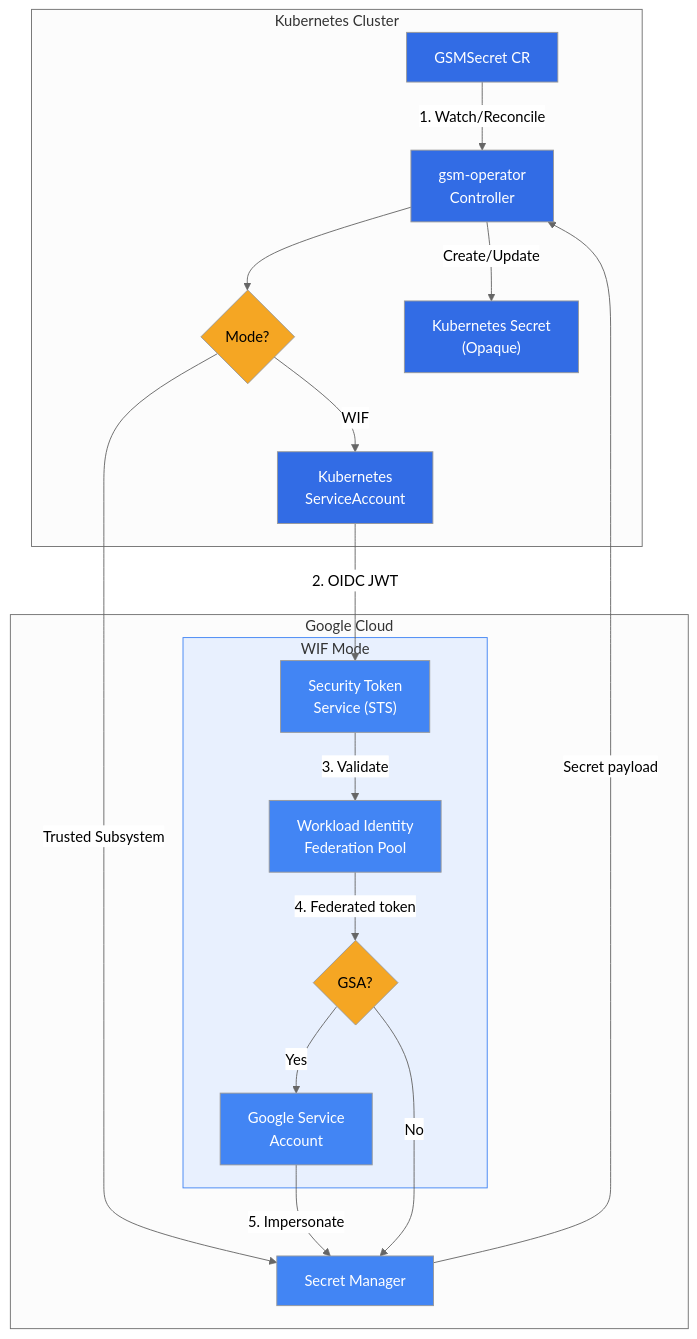
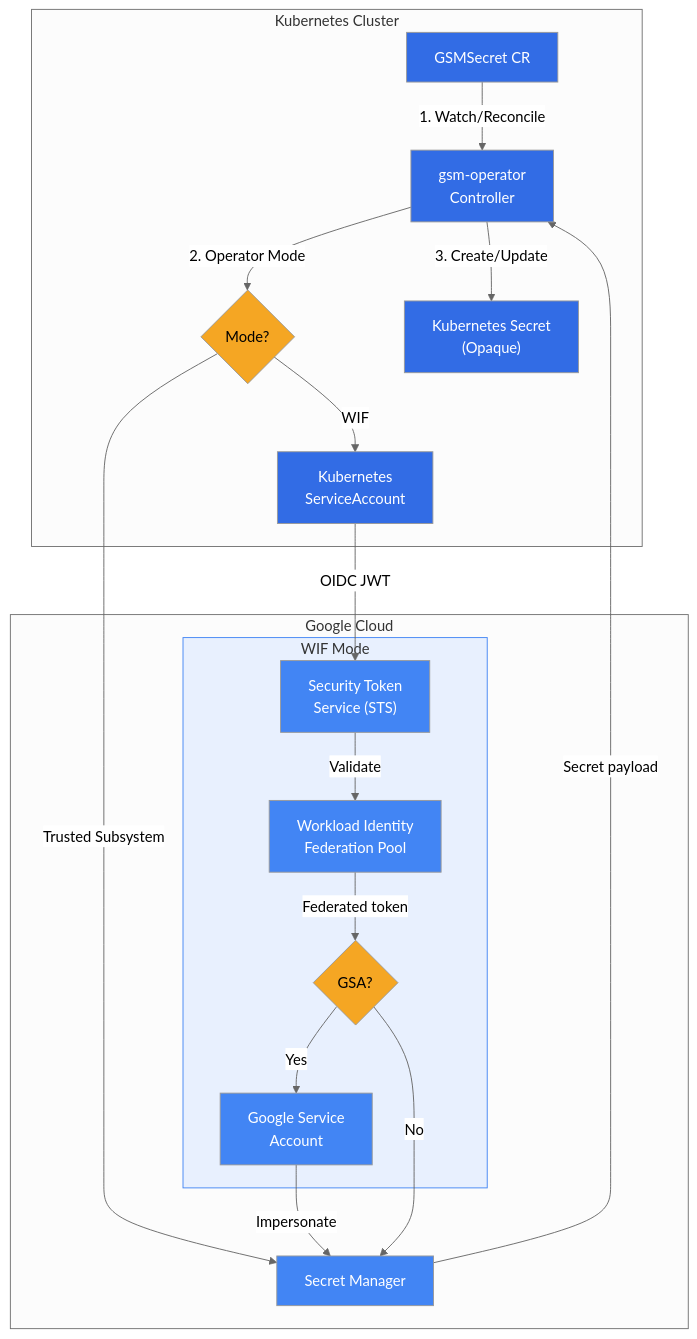
The diagram in README.md (zeraholladay/gsm-operator), drawn with Mermaid (neutral theme) before and after one commit.

````diff
--- a/README.md
+++ b/README.md
@@ -42,51 +42,51 @@
 ```mermaid
 flowchart TB
     subgraph k8s["Kubernetes Cluster"]
         gsmsecret["GSMSecret CR"]
         controller["gsm-operator<br/>Controller"]
         mode{"Mode?"}
         ksa["Kubernetes<br/>ServiceAccount"]
         secret["Kubernetes Secret<br/>(Opaque)"]
     end
     
     subgraph gcp["Google Cloud"]
         subgraph wifflow["WIF Mode"]
             sts["Security Token<br/>Service (STS)"]
             wif["Workload Identity<br/>Federation Pool"]
             impersonate{"GSA?"}
             gsa["Google Service<br/>Account"]
         end
         gsm["Secret Manager"]
     end
     
     gsmsecret -->|"1. Watch/Reconcile"| controller
-    controller --> mode
+    controller -->|"2. Operator Mode"| mode
     
     %% Trusted Subsystem Mode (direct path via ADC)
     mode -->|"Trusted Subsystem"| gsm
     
     %% WIF Mode
     mode -->|"WIF"| ksa
-    ksa -->|"2. OIDC JWT"| sts
-    sts -->|"3. Validate"| wif
-    wif -->|"4. Federated token"| impersonate
+    ksa -->|"OIDC JWT"| sts
+    sts -->|"Validate"| wif
+    wif -->|"Federated token"| impersonate
     impersonate -->|"Yes"| gsa
-    gsa -->|"5. Impersonate"| gsm
+    gsa -->|"Impersonate"| gsm
     impersonate -->|"No"| gsm
     
     %% Common return path
     gsm -->|"Secret payload"| controller
-    controller -->|"Create/Update"| secret
+    controller -->|"3. Create/Update"| secret
 
     style gsmsecret fill:#326ce5,color:#fff
     style secret fill:#326ce5,color:#fff
     style controller fill:#326ce5,color:#fff
     style ksa fill:#326ce5,color:#fff
     style mode fill:#f5a623,color:#000
     style impersonate fill:#f5a623,color:#000
     style gsm fill:#4285f4,color:#fff
     style wif fill:#4285f4,color:#fff
     style sts fill:#4285f4,color:#fff
     style gsa fill:#4285f4,color:#fff
     style wifflow fill:#e8f0fe,stroke:#4285f4
 ```
````
